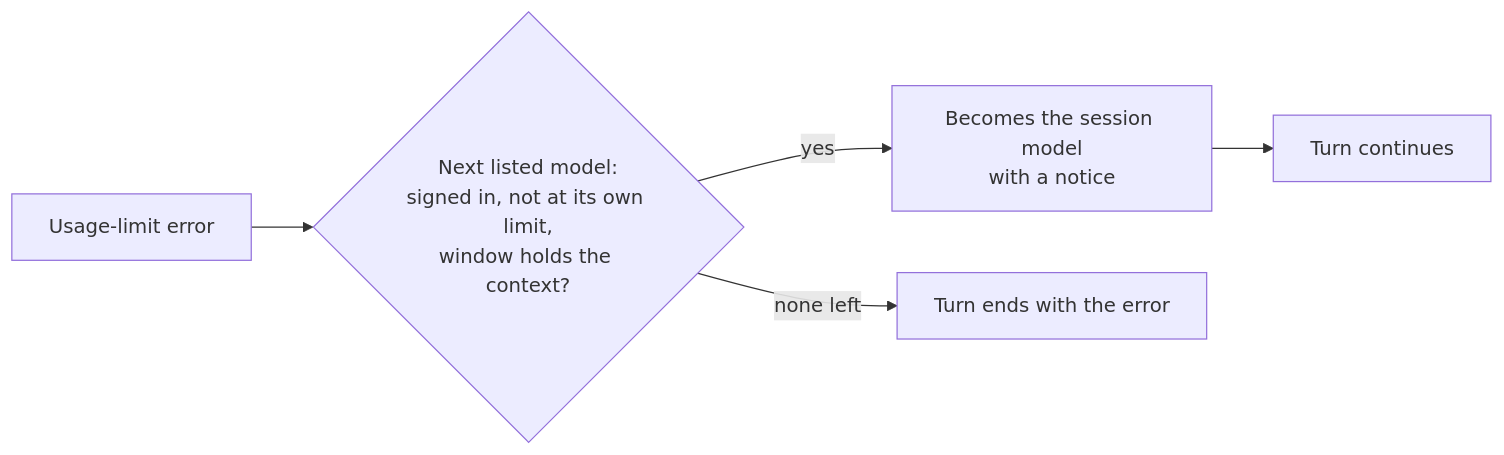
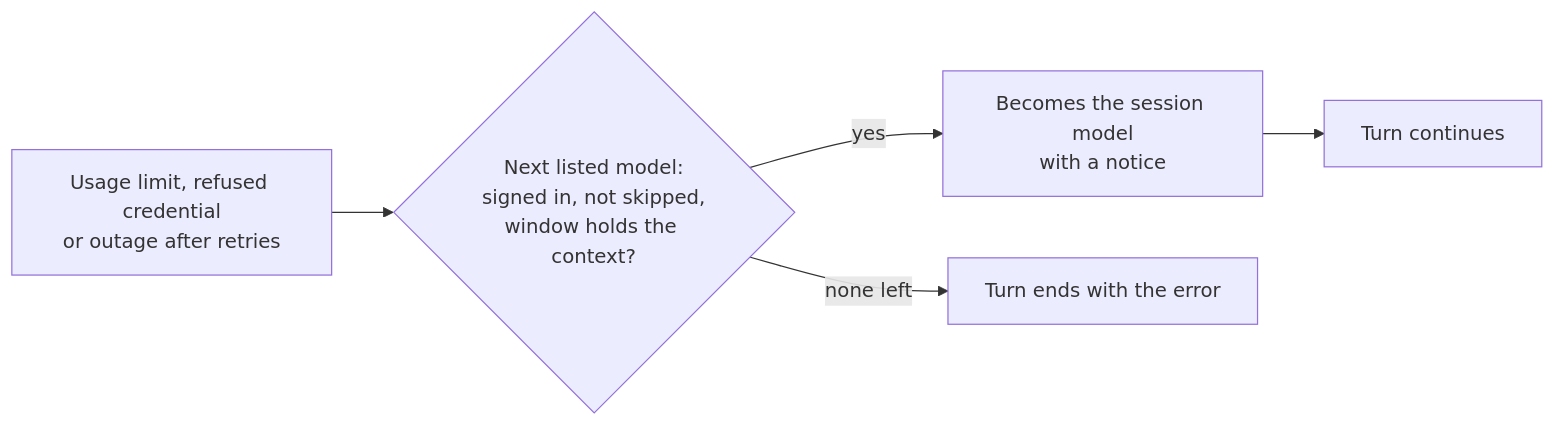
The fifth of 5 diagrams in packages/coding-agent/docs/configuration.md (bgauryy/octocode-coding-agent), drawn with Mermaid before and after one commit. The commit also changed other lines of this file and 706 other files, not shown here.

````diff
--- a/packages/coding-agent/docs/configuration.md
+++ b/packages/coding-agent/docs/configuration.md
@@ -388,6 +454,6 @@
 ```mermaid
 flowchart LR
-  E[Usage-limit error] --> L{Next listed model:<br/>signed in, not at its own limit,<br/>window holds the context?}
+  E[Usage limit, refused credential<br/>or outage after retries] --> L{Next listed model:<br/>signed in, not skipped,<br/>window holds the context?}
   L -->|yes| S[Becomes the session model<br/>with a notice] --> C[Turn continues]
   L -->|none left| F[Turn ends with the error]
 ```
````
